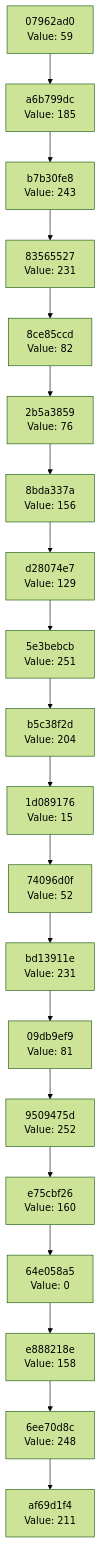
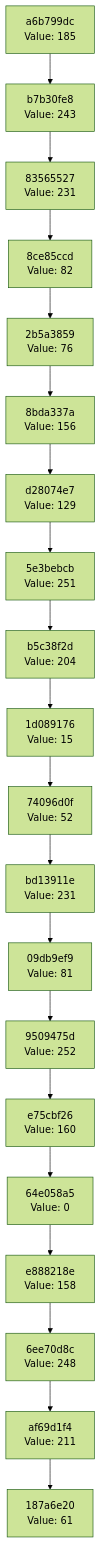
Before and after one commit to Abhisheksinha1506/hash-chain-evolver: the diagram in docs/CHAIN_VISUALIZATION.md, drawn with Mermaid (forest theme). The commit also changed 1 other file, not shown here.

Commit message:
Evolution step: hash 0x3D → action executed

````diff
--- a/docs/CHAIN_VISUALIZATION.md
+++ b/docs/CHAIN_VISUALIZATION.md
@@ -3,42 +3,42 @@
 ```mermaid
 graph TD
-    C0["af69d1f4<br/>Value: 211"]
-    C1["6ee70d8c<br/>Value: 248"]
+    C0["187a6e20<br/>Value: 61"]
+    C1["af69d1f4<br/>Value: 211"]
     C1 --> C0
-    C2["e888218e<br/>Value: 158"]
+    C2["6ee70d8c<br/>Value: 248"]
     C2 --> C1
-    C3["64e058a5<br/>Value: 0"]
+    C3["e888218e<br/>Value: 158"]
     C3 --> C2
-    C4["e75cbf26<br/>Value: 160"]
+    C4["64e058a5<br/>Value: 0"]
     C4 --> C3
-    C5["9509475d<br/>Value: 252"]
+    C5["e75cbf26<br/>Value: 160"]
     C5 --> C4
-    C6["09db9ef9<br/>Value: 81"]
+    C6["9509475d<br/>Value: 252"]
     C6 --> C5
-    C7["bd13911e<br/>Value: 231"]
+    C7["09db9ef9<br/>Value: 81"]
     C7 --> C6
-    C8["74096d0f<br/>Value: 52"]
+    C8["bd13911e<br/>Value: 231"]
     C8 --> C7
-    C9["1d089176<br/>Value: 15"]
+    C9["74096d0f<br/>Value: 52"]
     C9 --> C8
-    C10["b5c38f2d<br/>Value: 204"]
+    C10["1d089176<br/>Value: 15"]
     C10 --> C9
-    C11["5e3bebcb<br/>Value: 251"]
+    C11["b5c38f2d<br/>Value: 204"]
     C11 --> C10
-    C12["d28074e7<br/>Value: 129"]
+    C12["5e3bebcb<br/>Value: 251"]
     C12 --> C11
-    C13["8bda337a<br/>Value: 156"]
+    C13["d28074e7<br/>Value: 129"]
     C13 --> C12
-    C14["2b5a3859<br/>Value: 76"]
+    C14["8bda337a<br/>Value: 156"]
     C14 --> C13
-    C15["8ce85ccd<br/>Value: 82"]
+    C15["2b5a3859<br/>Value: 76"]
     C15 --> C14
-    C16["83565527<br/>Value: 231"]
+    C16["8ce85ccd<br/>Value: 82"]
     C16 --> C15
-    C17["b7b30fe8<br/>Value: 243"]
+    C17["83565527<br/>Value: 231"]
     C17 --> C16
-    C18["a6b799dc<br/>Value: 185"]
+    C18["b7b30fe8<br/>Value: 243"]
     C18 --> C17
-    C19["07962ad0<br/>Value: 59"]
+    C19["a6b799dc<br/>Value: 185"]
     C19 --> C18
 ```
````
